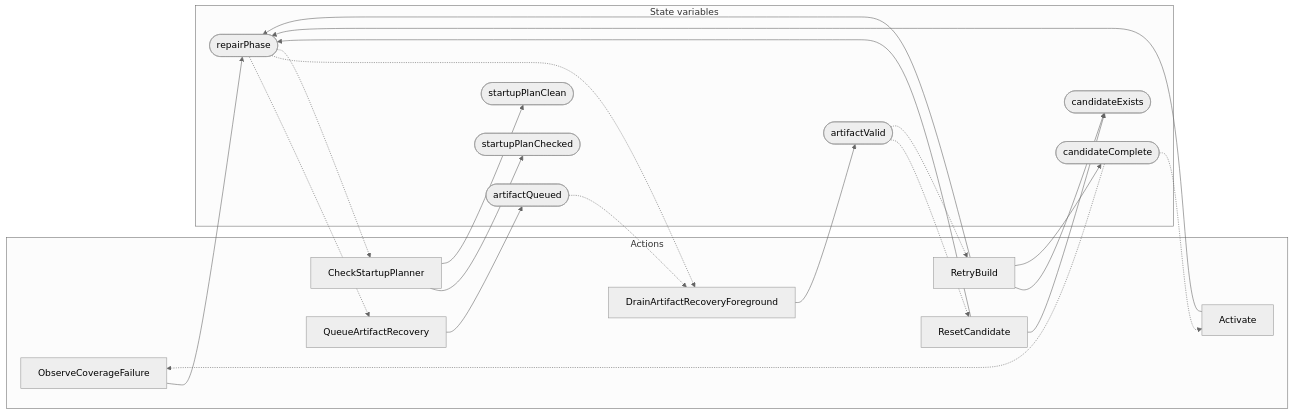
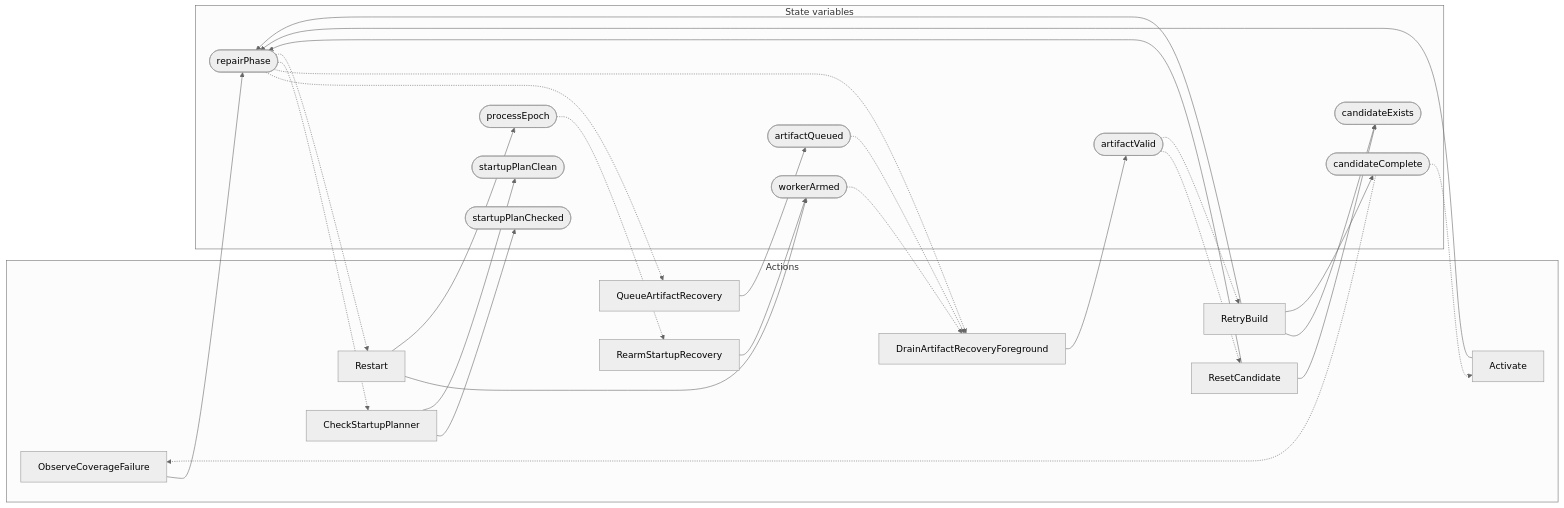
The second of 2 diagrams in zig/specs/tla/diagrams/storage/db/AntflyRepairArtifactRecovery.md (dovinmu/antfly), drawn with Mermaid (neutral theme) before and after one commit. The commit also changed other lines of this file and 27 other files, not shown here.

````diff
--- a/zig/specs/tla/diagrams/storage/db/AntflyRepairArtifactRecovery.md
+++ b/zig/specs/tla/diagrams/storage/db/AntflyRepairArtifactRecovery.md
@@ -47,40 +49,50 @@
 ```mermaid
 flowchart LR
     subgraph actions["Actions"]
         a0[ObserveCoverageFailure]
         a1[QueueArtifactRecovery]
         a2[DrainArtifactRecoveryForeground]
         a3[ResetCandidate]
         a4[RetryBuild]
         a5[Activate]
         a6[CheckStartupPlanner]
+        a7[Restart]
+        a8[RearmStartupRecovery]
     end
     subgraph state["State variables"]
         v0([candidateComplete])
         v1([repairPhase])
         v2([artifactQueued])
         v3([artifactValid])
-        v4([candidateExists])
-        v5([startupPlanChecked])
-        v6([startupPlanClean])
+        v4([workerArmed])
+        v5([candidateExists])
+        v6([startupPlanChecked])
+        v7([startupPlanClean])
+        v8([processEpoch])
     end
     a0 --> v1
     v0 -.-> a0
     a1 --> v2
     v1 -.-> a1
     a2 --> v3
     v2 -.-> a2
     v1 -.-> a2
-    a3 --> v4
+    v4 -.-> a2
+    a3 --> v5
     a3 --> v1
     v3 -.-> a3
-    a4 --> v4
+    a4 --> v5
     a4 --> v0
     a4 --> v1
     v3 -.-> a4
     a5 --> v1
     v0 -.-> a5
-    a6 --> v5
     a6 --> v6
+    a6 --> v7
     v1 -.-> a6
+    a7 --> v4
+    a7 --> v8
+    v1 -.-> a7
+    a8 --> v4
+    v8 -.-> a8
 ```
````
